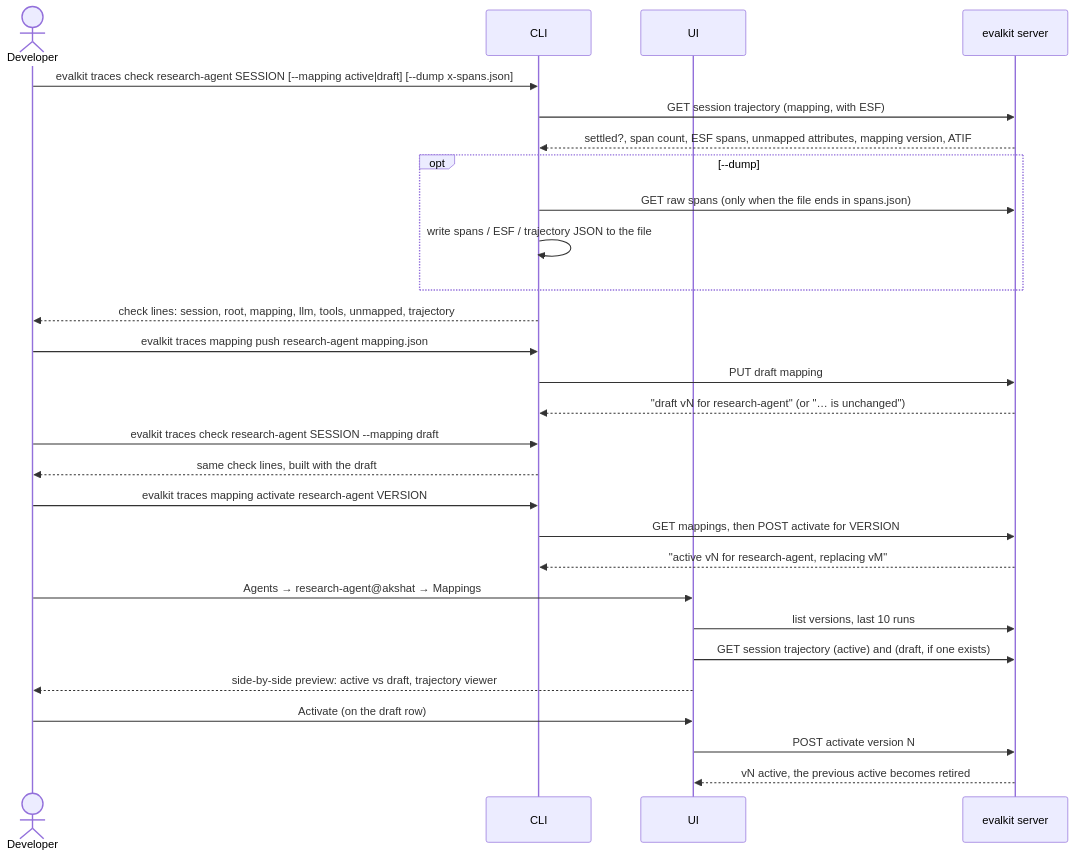
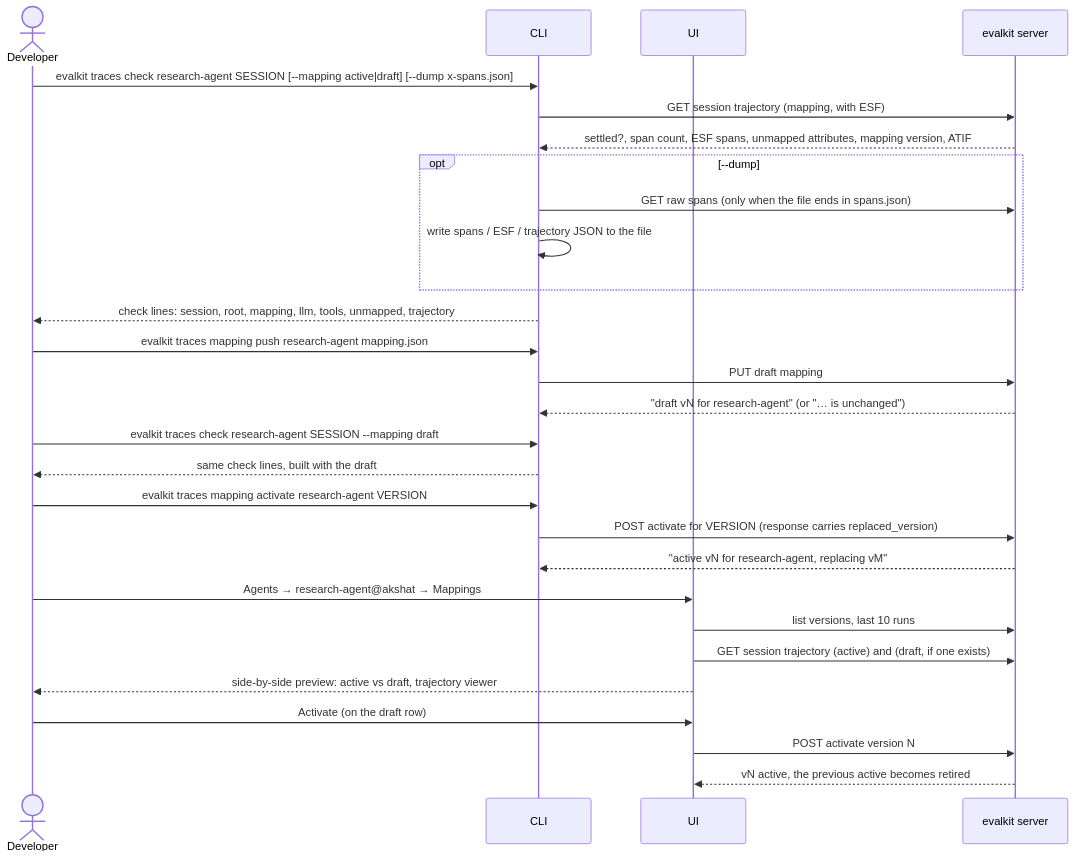
One commit to inferedge-ai/evalkit changed the diagram in docs/flows/13-trace-mappings-and-checks.md. Above: the diagram before and after it, drawn with Mermaid. The commit also changed 8 other files, not shown here.

First line of the commit message:
Unchanged check and replaced version come from the store

````diff
--- a/docs/flows/13-trace-mappings-and-checks.md
+++ b/docs/flows/13-trace-mappings-and-checks.md
@@ -20,33 +20,33 @@
 ```mermaid
 sequenceDiagram
   actor Dev as Developer
   participant CLI
   participant UI
   participant S as evalkit server
 
   Dev->>CLI: evalkit traces check research-agent SESSION [--mapping active|draft] [--dump x-spans.json]
   CLI->>S: GET session trajectory (mapping, with ESF)
   S-->>CLI: settled?, span count, ESF spans, unmapped attributes, mapping version, ATIF
   opt --dump
     CLI->>S: GET raw spans (only when the file ends in spans.json)
     CLI->>CLI: write spans / ESF / trajectory JSON to the file
   end
   CLI-->>Dev: check lines: session, root, mapping, llm, tools, unmapped, trajectory
 
   Dev->>CLI: evalkit traces mapping push research-agent mapping.json
   CLI->>S: PUT draft mapping
   S-->>CLI: "draft vN for research-agent" (or "… is unchanged")
   Dev->>CLI: evalkit traces check research-agent SESSION --mapping draft
   CLI-->>Dev: same check lines, built with the draft
   Dev->>CLI: evalkit traces mapping activate research-agent VERSION
-  CLI->>S: GET mappings, then POST activate for VERSION
+  CLI->>S: POST activate for VERSION (response carries replaced_version)
   S-->>CLI: "active vN for research-agent, replacing vM"
 
   Dev->>UI: Agents → research-agent@akshat → Mappings
   UI->>S: list versions, last 10 runs
   UI->>S: GET session trajectory (active) and (draft, if one exists)
   UI-->>Dev: side-by-side preview: active vs draft, trajectory viewer
   Dev->>UI: Activate (on the draft row)
   UI->>S: POST activate version N
   S-->>UI: vN active, the previous active becomes retired
 ```
````
